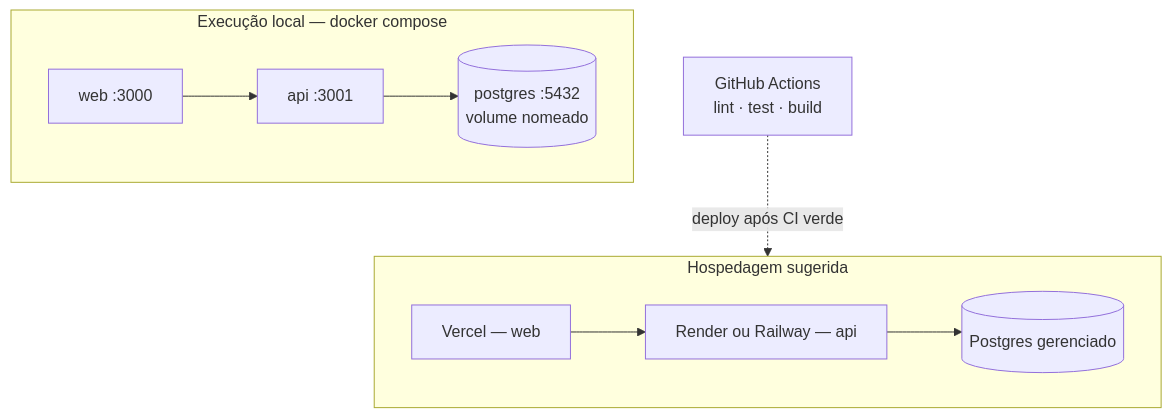
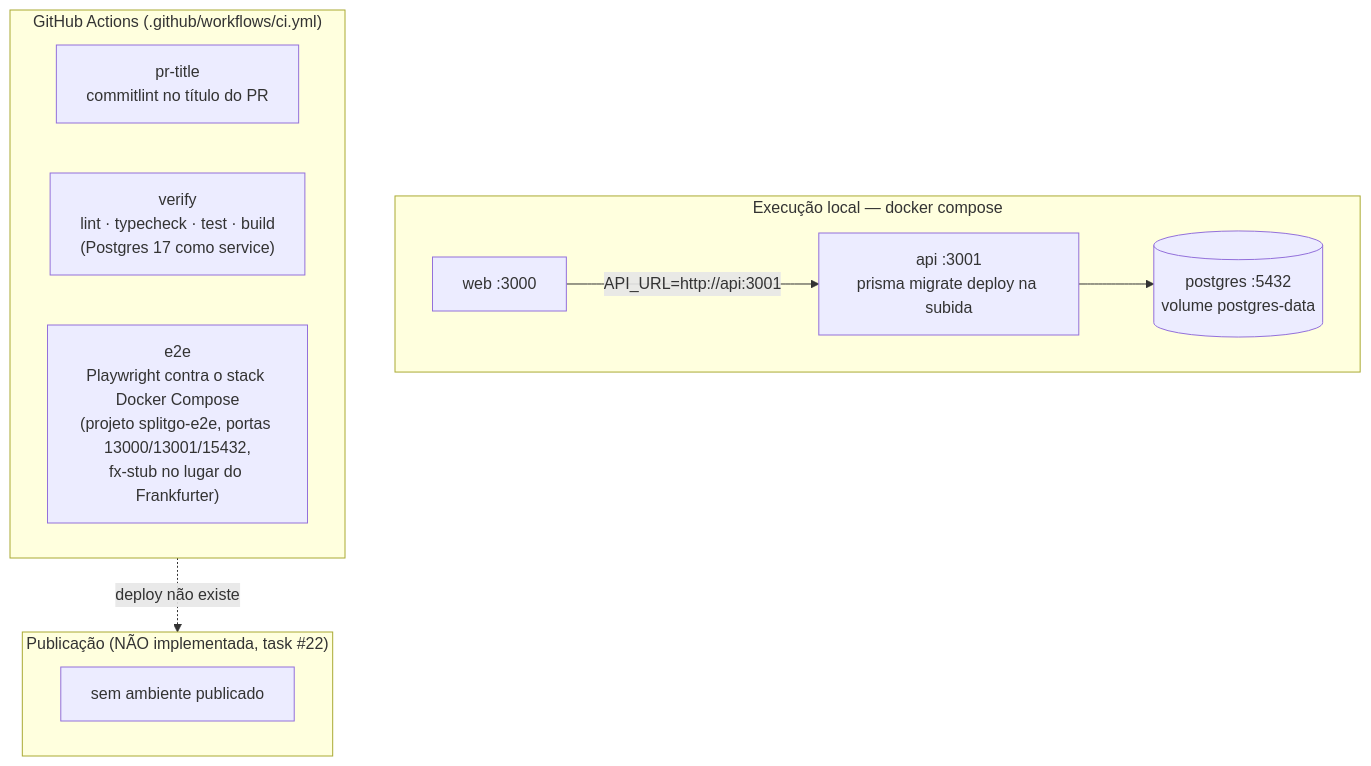
Before and after one commit to iguinn13/split-and-go-case: the second of 3 diagrams in docs/architecture/plan.md, drawn with Mermaid. The commit also changed other lines of this file and 17 other files, not shown here.

````diff
--- a/docs/architecture/plan.md
+++ b/docs/architecture/plan.md
@@ -43,19 +49,20 @@
 ```mermaid
 flowchart TB
     subgraph local["Execução local — docker compose"]
         w["web :3000"]
-        a["api :3001"]
-        p[("postgres :5432<br/>volume nomeado")]
-        w --> a --> p
+        a["api :3001<br/>prisma migrate deploy na subida"]
+        p[("postgres :5432<br/>volume postgres-data")]
+        w -->|"API_URL=http://api:3001"| a --> p
     end
 
-    subgraph prod["Hospedagem sugerida"]
-        v["Vercel — web"]
-        r["Render ou Railway — api"]
-        n[("Postgres gerenciado")]
-        v --> r --> n
+    subgraph ci["GitHub Actions (.github/workflows/ci.yml)"]
+        t["pr-title<br/>commitlint no título do PR"]
+        v["verify<br/>lint · typecheck · test · build<br/>(Postgres 17 como service)"]
+        e["e2e<br/>Playwright contra o stack Docker Compose<br/>(projeto splitgo-e2e, portas 13000/13001/15432,<br/>fx-stub no lugar do Frankfurter)"]
     end
 
-    gh["GitHub Actions<br/>lint · test · build"]
-    gh -.->|"deploy após CI verde"| prod
+    subgraph prod["Publicação (NÃO implementada, task #22)"]
+        d["sem ambiente publicado"]
+    end
+    ci -.->|"deploy não existe"| prod
 ```
````
